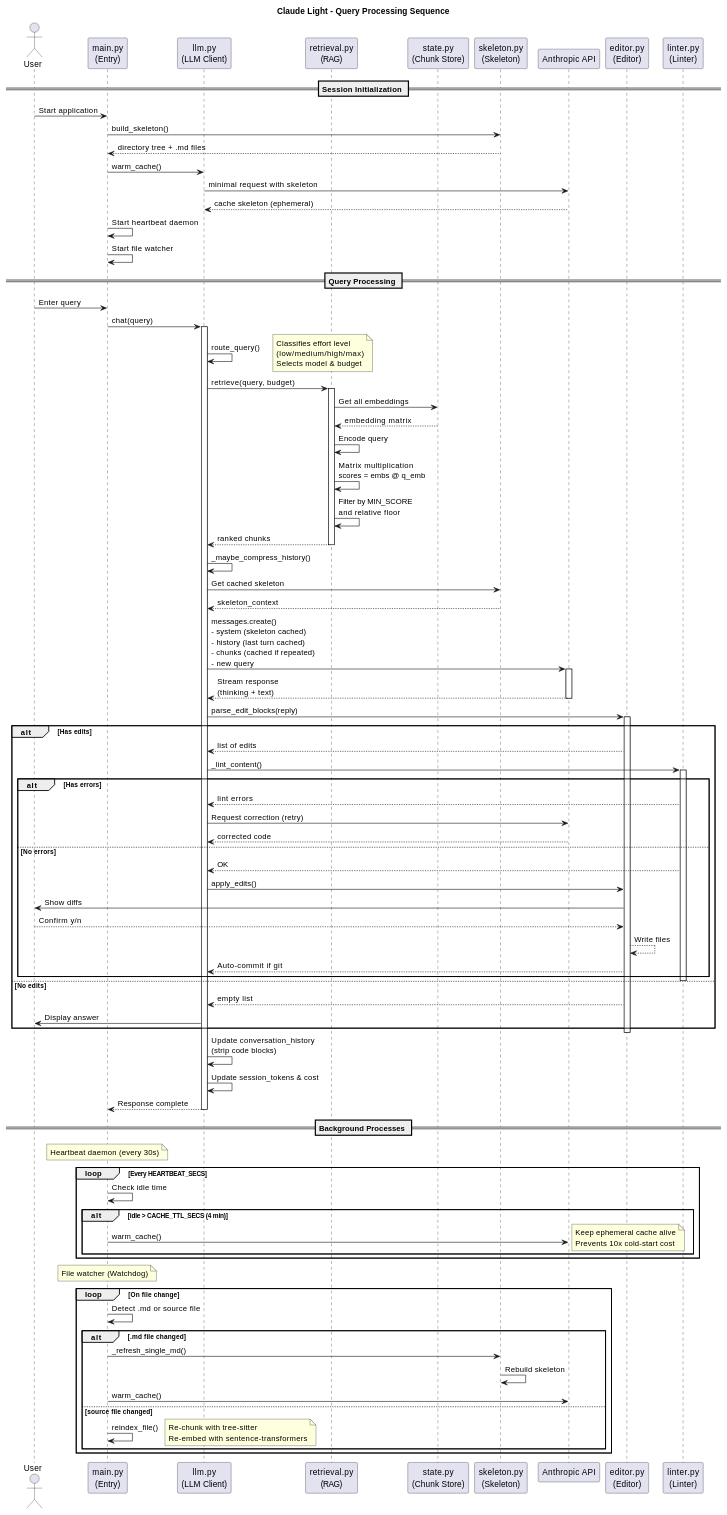
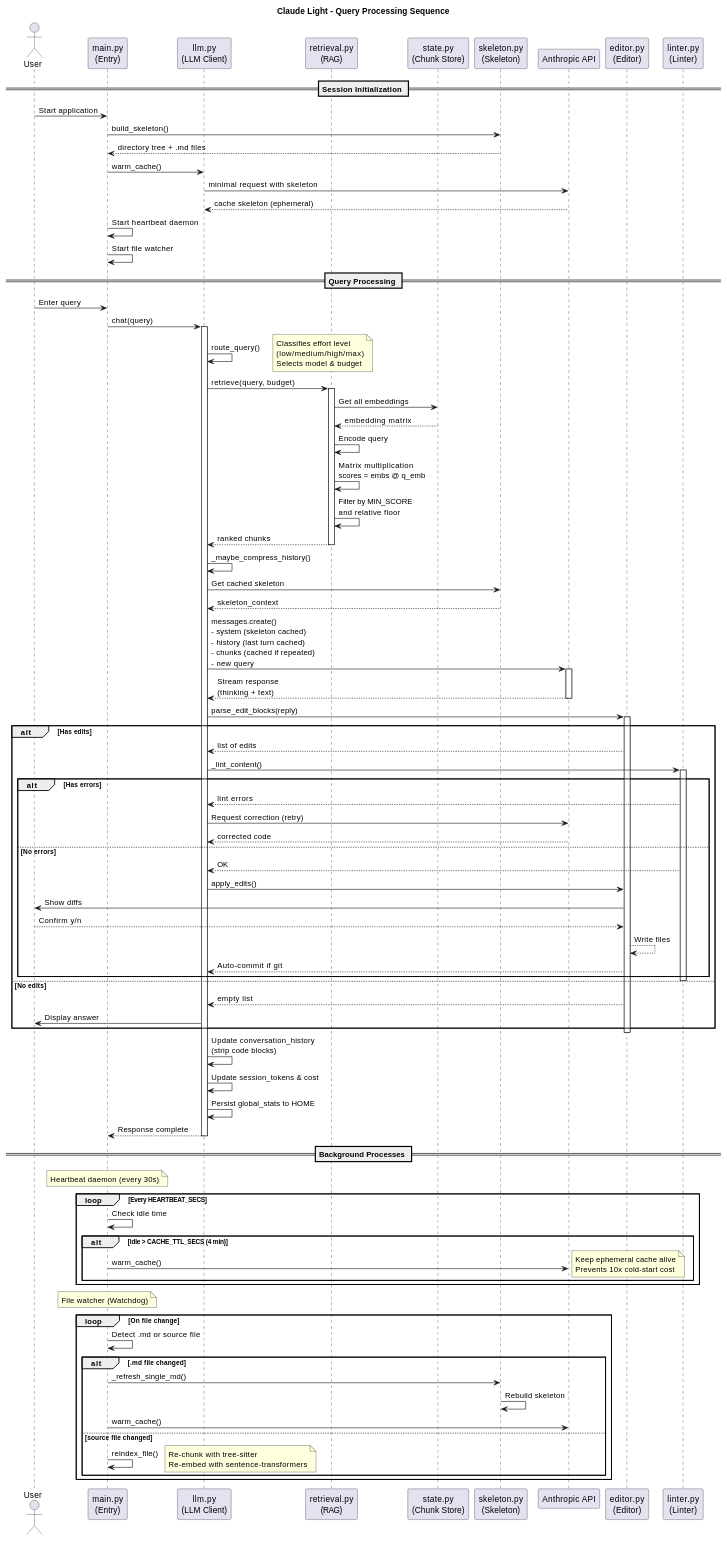
The second of 5 diagrams in docs/architecture.md (PIsberg/claude_light), drawn with PlantUML before and after one commit. The commit also changed other lines of this file and 6 other files, not shown here.

```diff
--- a/docs/architecture.md
+++ b/docs/architecture.md
@@ -262,6 +263,7 @@
 
 LLM -> LLM : Update conversation_history\n(strip code blocks)
 LLM -> LLM : Update session_tokens & cost
+LLM -> LLM : Persist global_stats to HOME
 LLM --> Main : Response complete
 deactivate LLM
 
```
